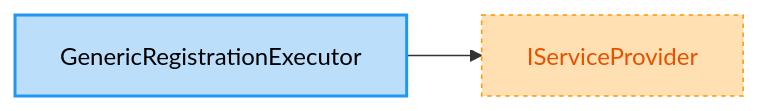
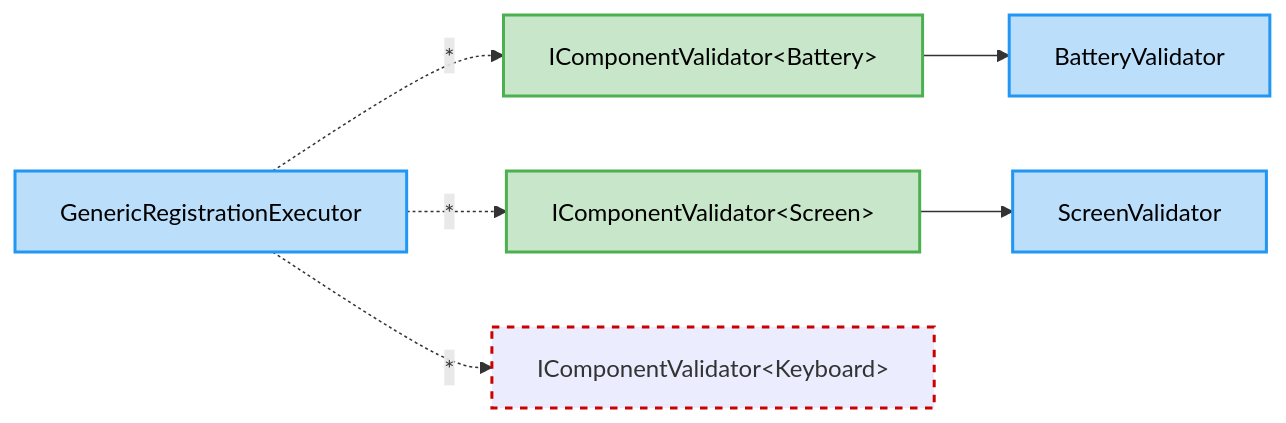
One commit to arika0093/Qudi changed the diagram in examples/Qudi.Example.Readme/exported/GenericRegistrationExecutor.md. Above: the diagram before and after it, drawn with Mermaid. The commit also changed 12 other files, not shown here.

````diff
--- a/examples/Qudi.Example.Readme/exported/GenericRegistrationExecutor.md
+++ b/examples/Qudi.Example.Readme/exported/GenericRegistrationExecutor.md
@@ -1,11 +1,24 @@
 ```mermaid
 flowchart LR
-    System_IServiceProvider["IServiceProvider"]
     Qudi_Examples_GenericRegistration_GenericRegistrationExecutor["GenericRegistrationExecutor"]
-    Qudi_Examples_GenericRegistration_GenericRegistrationExecutor --> System_IServiceProvider
+    Qudi_Examples_GenericRegistration_IComponentValidator_Qudi_Examples_GenericRegistration_Battery_["IComponentValidator#lt;Battery#gt;"]
+    Qudi_Examples_GenericRegistration_IComponentValidator_Qudi_Examples_GenericRegistration_Screen_["IComponentValidator#lt;Screen#gt;"]
+    Qudi_Examples_GenericRegistration_IComponentValidator_Qudi_Examples_GenericRegistration_Keyboard_["IComponentValidator#lt;Keyboard#gt;"]
+    Qudi_Examples_GenericRegistration_BatteryValidator["BatteryValidator"]
+    Qudi_Examples_GenericRegistration_ScreenValidator["ScreenValidator"]
+    Qudi_Examples_GenericRegistration_GenericRegistrationExecutor -.->|"*"| Qudi_Examples_GenericRegistration_IComponentValidator_Qudi_Examples_GenericRegistration_Battery_
+    Qudi_Examples_GenericRegistration_GenericRegistrationExecutor -.->|"*"| Qudi_Examples_GenericRegistration_IComponentValidator_Qudi_Examples_GenericRegistration_Screen_
+    Qudi_Examples_GenericRegistration_GenericRegistrationExecutor -.->|"*"| Qudi_Examples_GenericRegistration_IComponentValidator_Qudi_Examples_GenericRegistration_Keyboard_
+    Qudi_Examples_GenericRegistration_IComponentValidator_Qudi_Examples_GenericRegistration_Battery_ --> Qudi_Examples_GenericRegistration_BatteryValidator
+    Qudi_Examples_GenericRegistration_IComponentValidator_Qudi_Examples_GenericRegistration_Screen_ --> Qudi_Examples_GenericRegistration_ScreenValidator
+    classDef missing stroke:#c00,stroke-width:2px,stroke-dasharray:5 5;
+    class Qudi_Examples_GenericRegistration_IComponentValidator_Qudi_Examples_GenericRegistration_Keyboard_ missing;
+    classDef interface fill:#c8e6c9,stroke:#4caf50,stroke-width:2px,color:#000;
+    class Qudi_Examples_GenericRegistration_IComponentValidator_Qudi_Examples_GenericRegistration_Battery_ interface;
+    class Qudi_Examples_GenericRegistration_IComponentValidator_Qudi_Examples_GenericRegistration_Screen_ interface;
     classDef cls fill:#bbdefb,stroke:#2196f3,stroke-width:2px,color:#000;
     class Qudi_Examples_GenericRegistration_GenericRegistrationExecutor cls;
-    classDef external fill:#ffe0b2,stroke:#ff9800,stroke-width:1px,stroke-dasharray:3 3,color:#e65100;
-    class System_IServiceProvider external;
+    class Qudi_Examples_GenericRegistration_BatteryValidator cls;
+    class Qudi_Examples_GenericRegistration_ScreenValidator cls;
 
 ```
````
